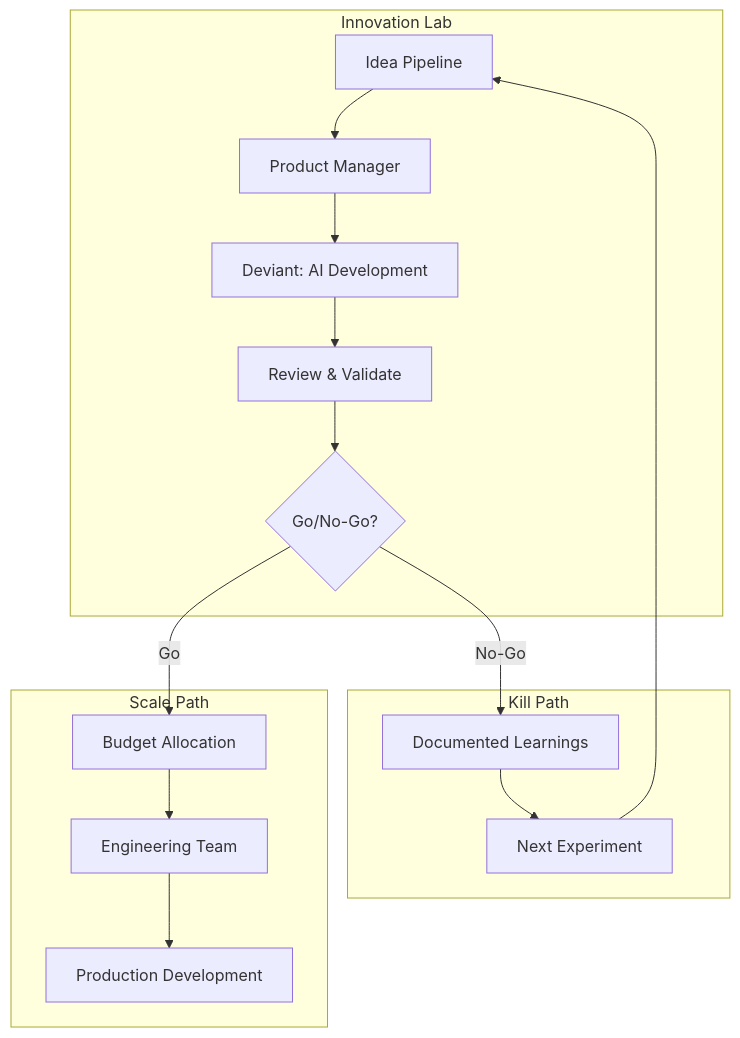
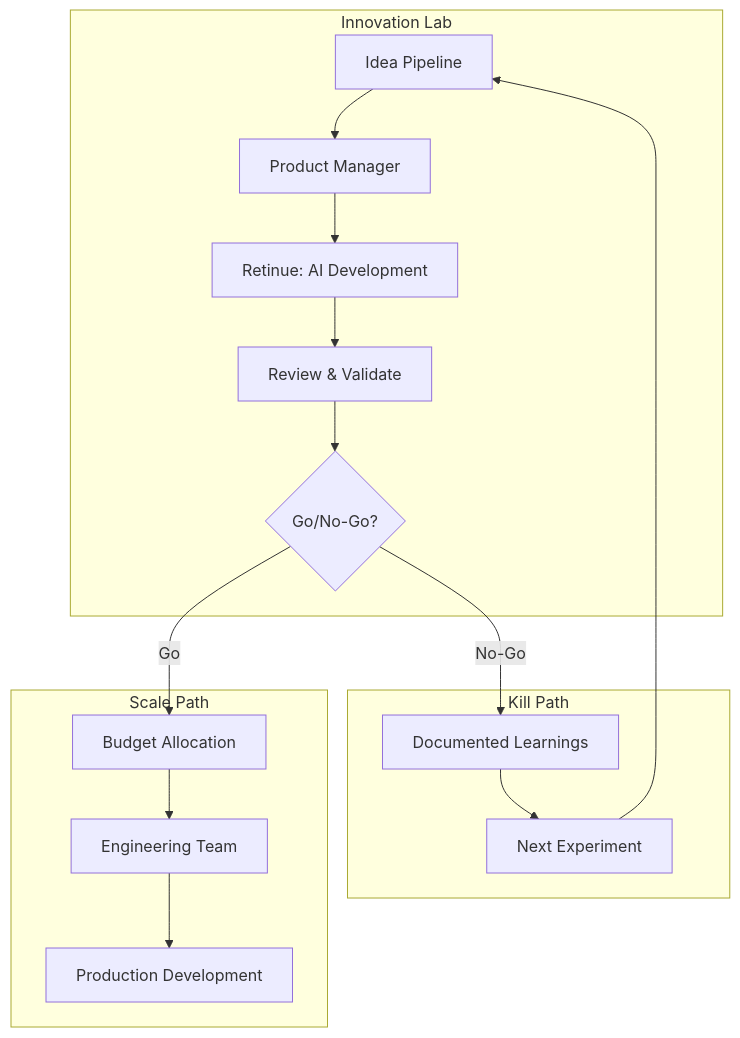
Before and after one commit to nicanor-korir/retinue: the first of 2 diagrams in docs/articles/3-use-cases/04-for-enterprise.md, drawn with Mermaid. The commit also changed other lines of this file and 128 other files, not shown here.

First line of the commit message:
feat(rebrand): rename Deviant/AgentGo to Retinue, rewrite docs, add shared-VPS deploy

````diff
--- a/docs/articles/3-use-cases/04-for-enterprise.md
+++ b/docs/articles/3-use-cases/04-for-enterprise.md
@@ -36,32 +36,32 @@
 ```mermaid
 flowchart TB
     subgraph Innovation["Innovation Lab"]
         Ideas[Idea Pipeline]
         PM[Product Manager]
-        Deviant[Deviant: AI Development]
+        Retinue[Retinue: AI Development]
         Review[Review & Validate]
         Decision{Go/No-Go?}
     end
 
     subgraph Scale["Scale Path"]
         Funding[Budget Allocation]
         Team[Engineering Team]
         Production[Production Development]
     end
 
     subgraph Kill["Kill Path"]
         Archive[Documented Learnings]
         Next[Next Experiment]
     end
 
     Ideas --> PM
-    PM --> Deviant
-    Deviant --> Review
+    PM --> Retinue
+    Retinue --> Review
     Review --> Decision
     Decision -->|Go| Funding
     Funding --> Team
     Team --> Production
     Decision -->|No-Go| Archive
     Archive --> Next
     Next --> Ideas
 ```
````
